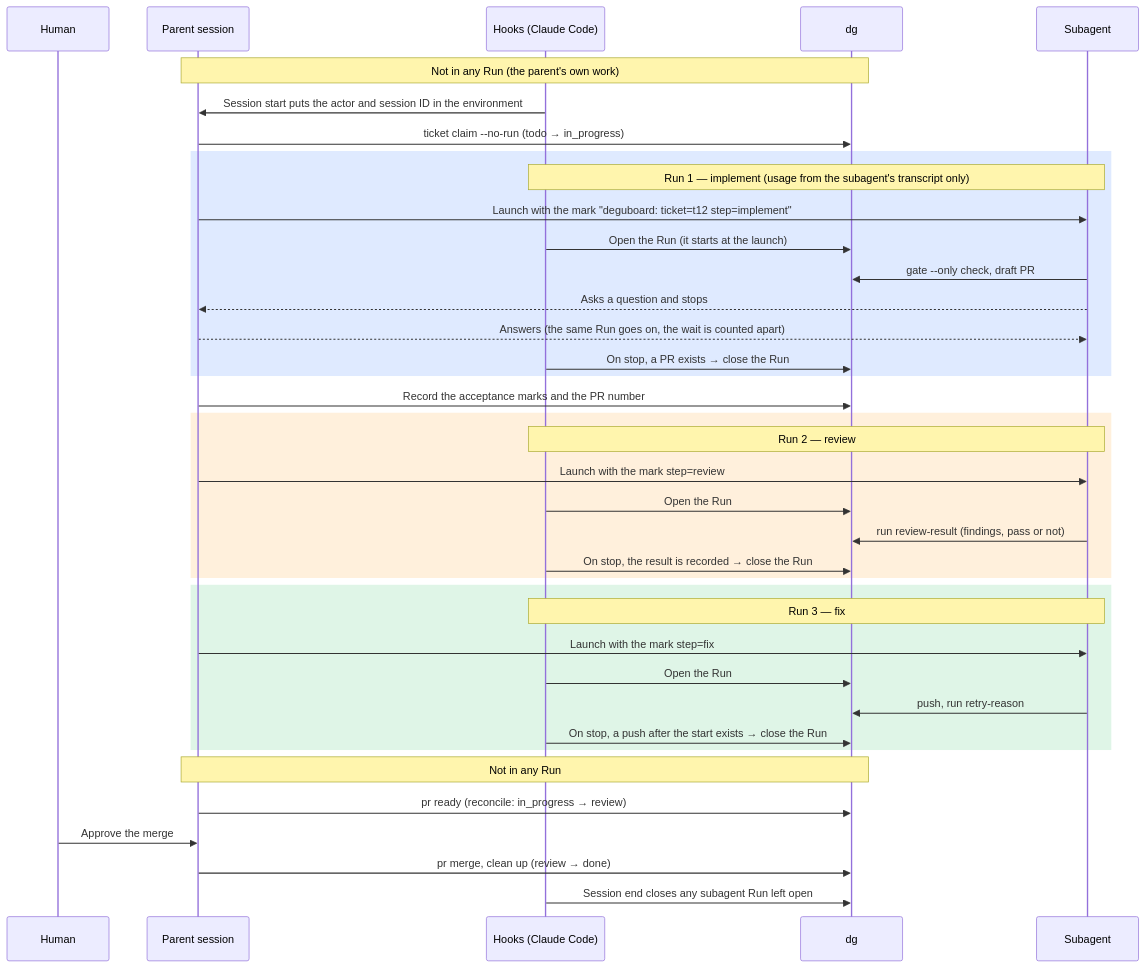
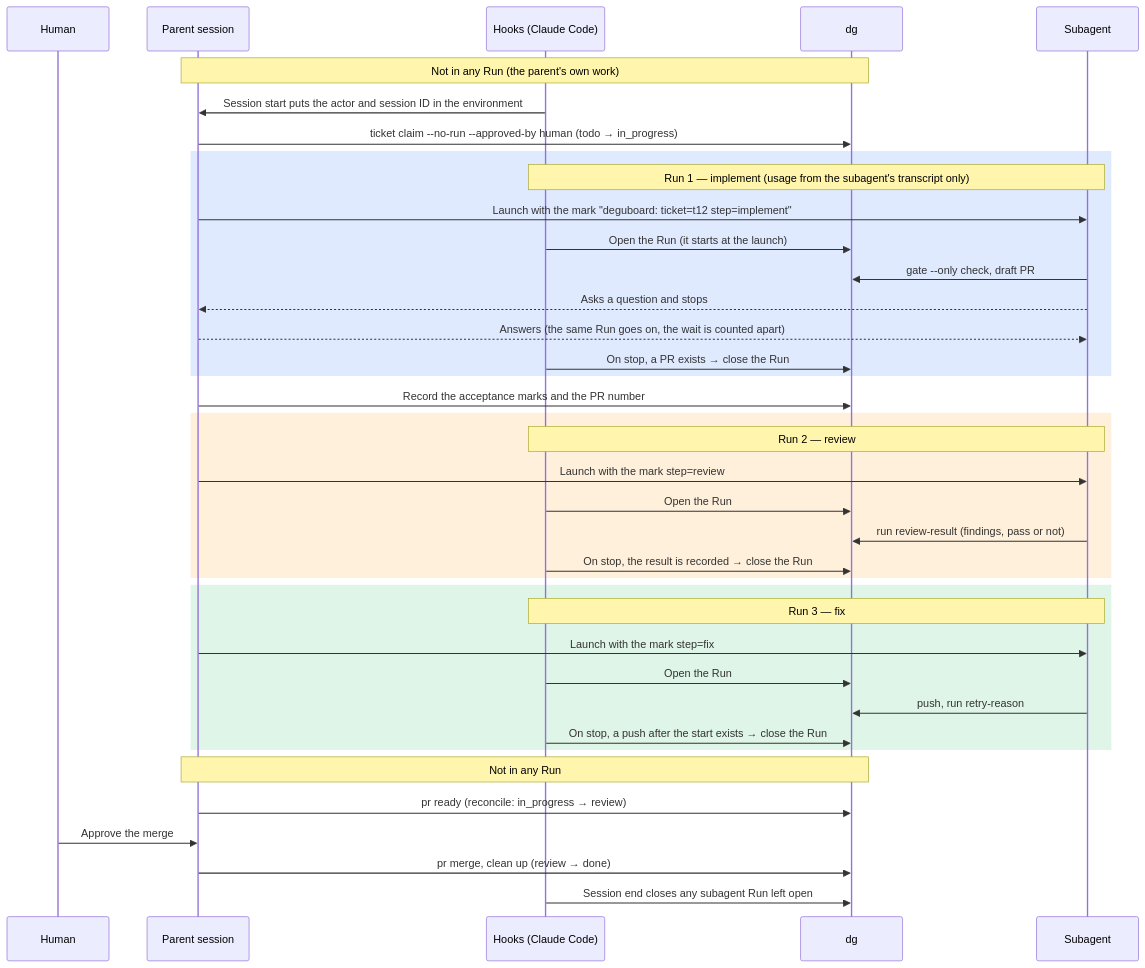
One commit to brainpad-whiterabbit/deguboard changed the diagram in docs/how-it-works.md. Above: the diagram before and after it, drawn with Mermaid. The commit also changed 34 other files, not shown here.

First line of the commit message:
Workflow の todo → in_progress の境目の decide の既定を ask_unless_auto にする（t1051） (#982)

````diff
--- a/docs/how-it-works.md
+++ b/docs/how-it-works.md
@@ -43,46 +43,46 @@
 ```mermaid
 sequenceDiagram
   participant H as Human
   participant P as Parent session
   participant K as Hooks (Claude Code)
   participant D as dg
   participant S as Subagent
 
   Note over P,D: Not in any Run (the parent's own work)
   K->>P: Session start puts the actor and session ID in the environment
-  P->>D: ticket claim --no-run (todo → in_progress)
+  P->>D: ticket claim --no-run --approved-by human (todo → in_progress)
 
   rect rgba(80,140,255,0.18)
   Note over K,S: Run 1 — implement (usage from the subagent's transcript only)
   P->>S: Launch with the mark "deguboard: ticket=t12 step=implement"
   K->>D: Open the Run (it starts at the launch)
   S->>D: gate --only check, draft PR
   S-->>P: Asks a question and stops
   P-->>S: Answers (the same Run goes on, the wait is counted apart)
   K->>D: On stop, a PR exists → close the Run
   end
 
   P->>D: Record the acceptance marks and the PR number
 
   rect rgba(255,170,60,0.18)
   Note over K,S: Run 2 — review
   P->>S: Launch with the mark step=review
   K->>D: Open the Run
   S->>D: run review-result (findings, pass or not)
   K->>D: On stop, the result is recorded → close the Run
   end
 
   rect rgba(80,200,120,0.18)
   Note over K,S: Run 3 — fix
   P->>S: Launch with the mark step=fix
   K->>D: Open the Run
   S->>D: push, run retry-reason
   K->>D: On stop, a push after the start exists → close the Run
   end
 
   Note over P,D: Not in any Run
   P->>D: pr ready (reconcile: in_progress → review)
   H->>P: Approve the merge
   P->>D: pr merge, clean up (review → done)
   K->>D: Session end closes any subagent Run left open
 ```
````
